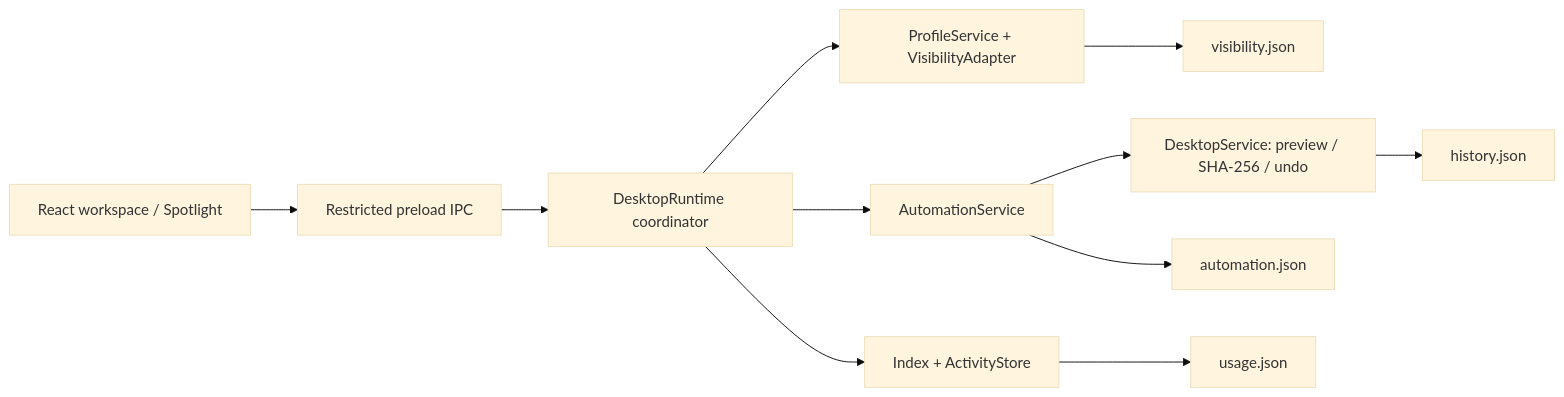
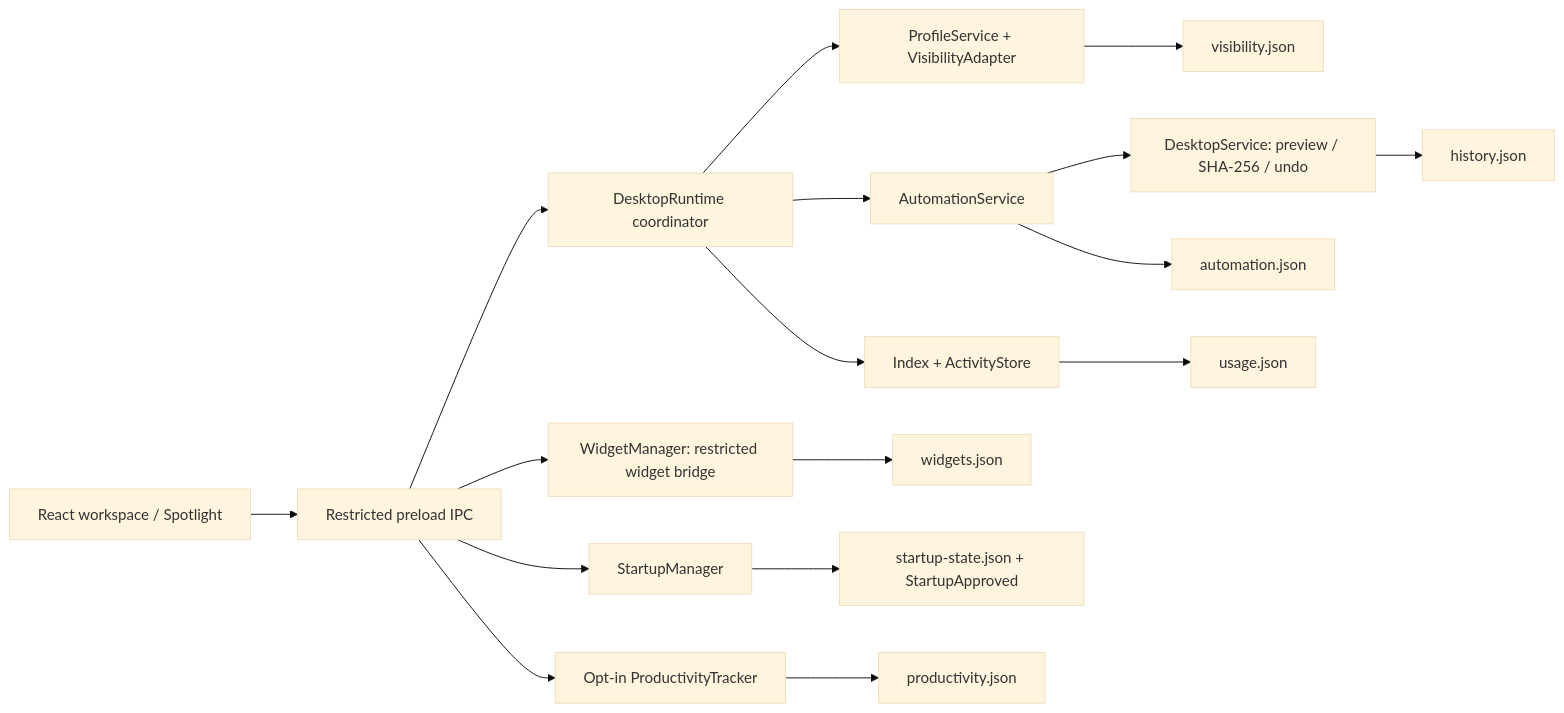
The diagram in docs/ECOSYSTEM.md (Huseyinhk61/DarkDesk), drawn with Mermaid (base theme) before and after one commit. The commit also changed other lines of this file and 71 other files, not shown here.

````diff
--- a/docs/ECOSYSTEM.md
+++ b/docs/ECOSYSTEM.md
@@ -86,13 +90,19 @@
 ```mermaid
 flowchart LR
   UI[React workspace / Spotlight] --> IPC[Restricted preload IPC]
   IPC --> R[DesktopRuntime coordinator]
+  IPC --> W[WidgetManager: restricted widget bridge]
+  IPC --> T[StartupManager]
+  IPC --> Q[Opt-in ProductivityTracker]
+  W --> J[widgets.json]
+  T --> B[startup-state.json + StartupApproved]
+  Q --> D[productivity.json]
   R --> P[ProfileService + VisibilityAdapter]
   R --> A[AutomationService]
   R --> L[Index + ActivityStore]
   A --> F[DesktopService: preview / SHA-256 / undo]
   P --> V[visibility.json]
   L --> U[usage.json]
   A --> S[automation.json]
   F --> H[history.json]
 ```
````
